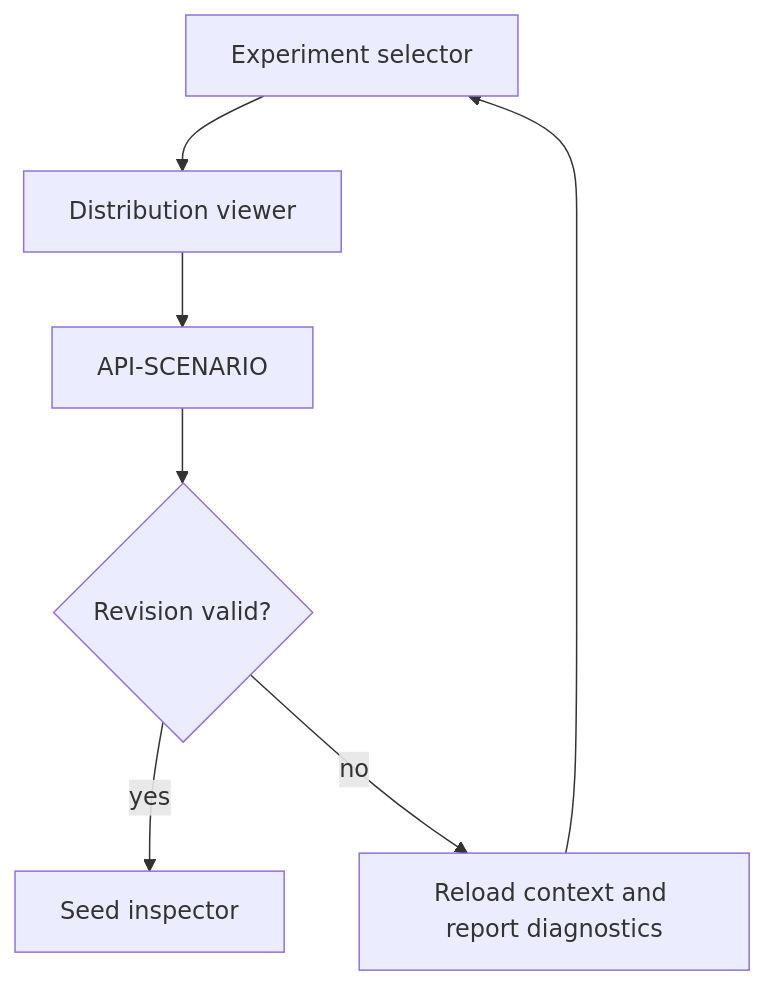
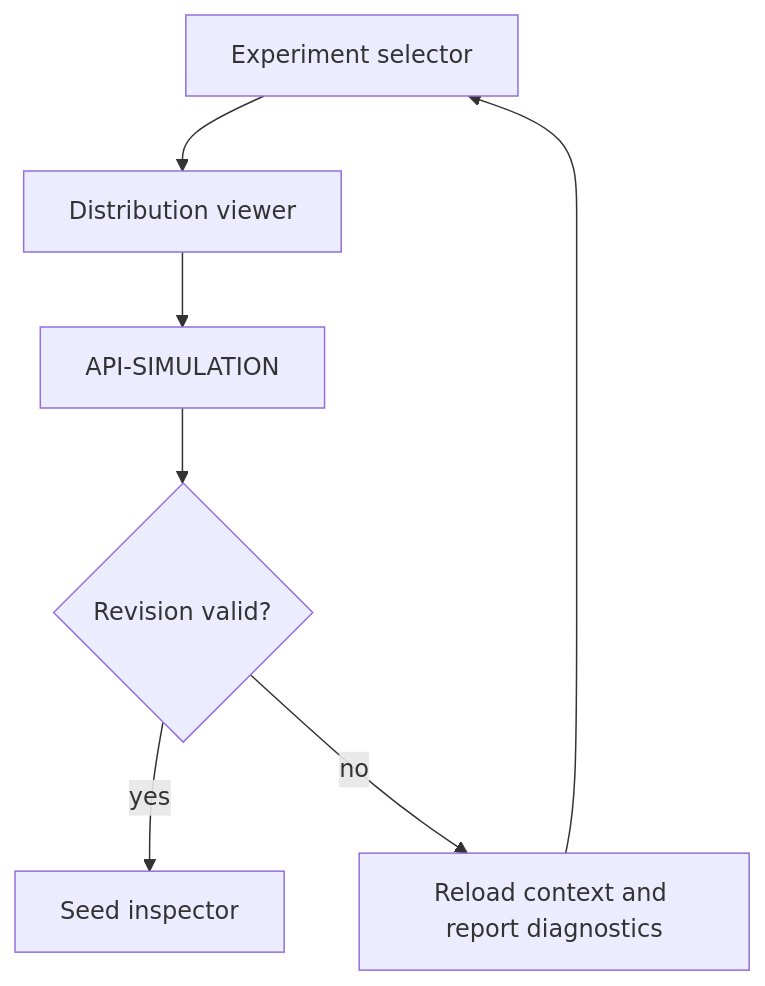
The first of 2 diagrams in docs/design/studio/UI14.md (ameenalqershi/wow-decision-intelligence), drawn with Mermaid before and after one commit. The commit also changed other lines of this file and 15 other files, not shown here.

````diff
--- a/docs/design/studio/UI14.md
+++ b/docs/design/studio/UI14.md
@@ -20,9 +20,9 @@
 ```mermaid
 flowchart TD
   S["Experiment selector"] --> W["Distribution viewer"]
-  W --> A["API-SCENARIO"]
+  W --> A["API-SIMULATION"]
   A --> V{"Revision valid?"}
   V -->|yes| I["Seed inspector"]
   V -->|no| R["Reload context and report diagnostics"]
   R --> S
 ```
````
